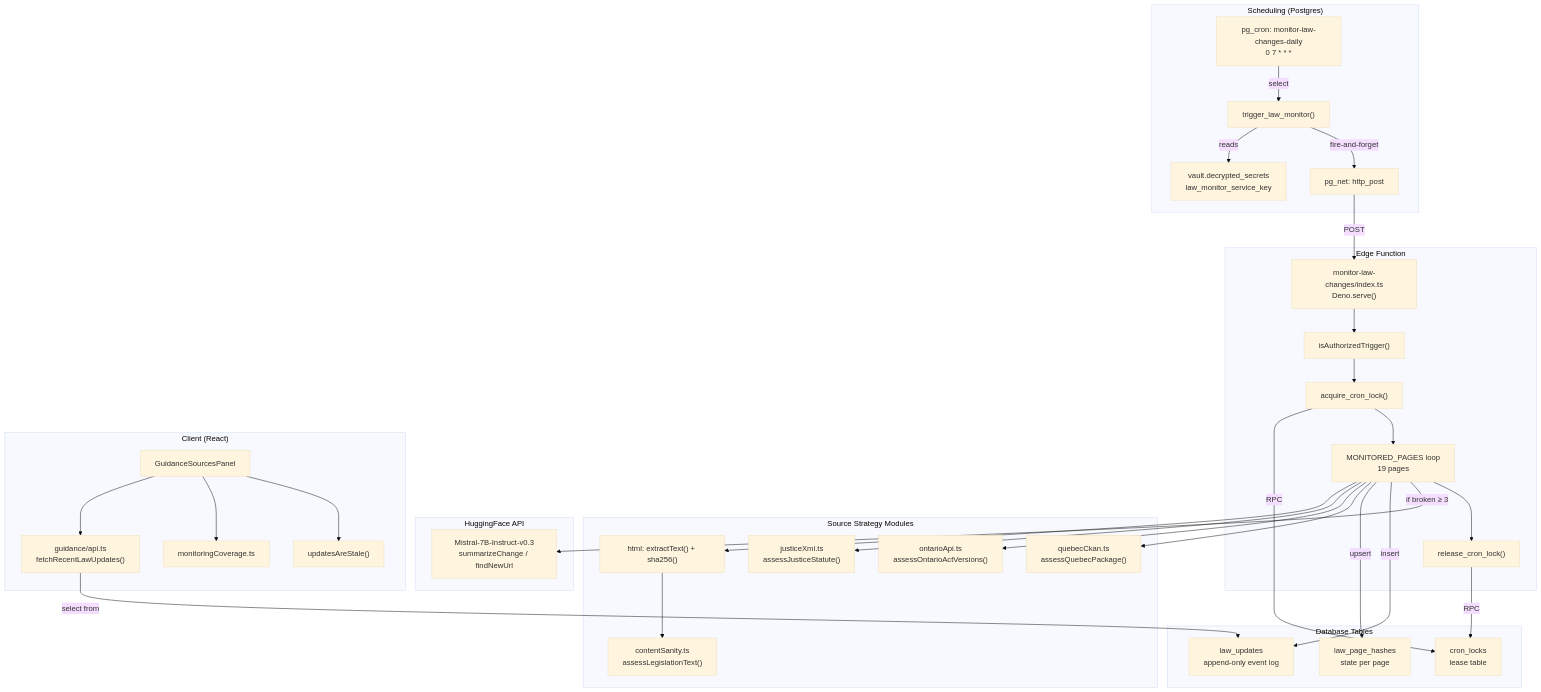
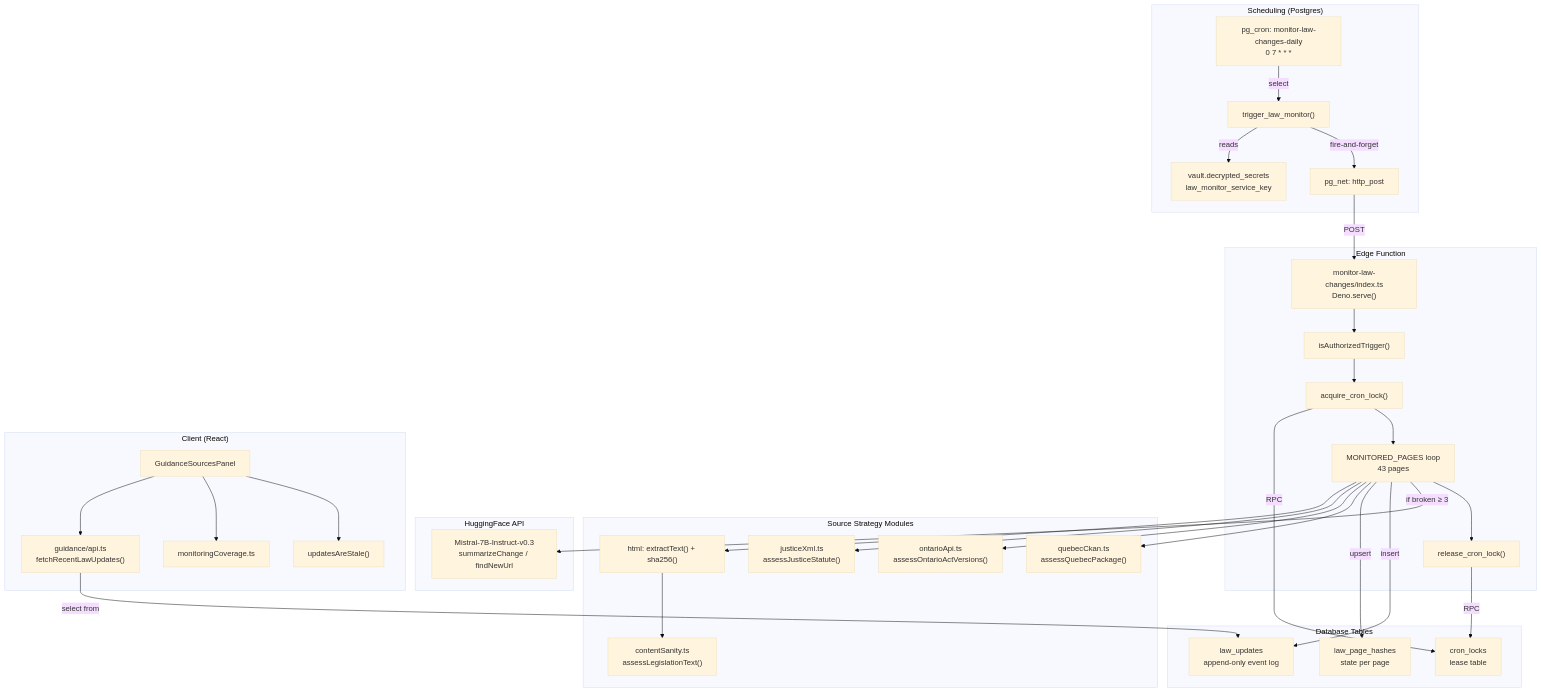
The first of 4 diagrams in docs/wiki/Law-Change-Monitor.md (Dutiva-Canada/Dutiva_Web), drawn with Mermaid (base theme) before and after one commit. The commit also changed other lines of this file and 84 other files, not shown here.

````diff
--- a/docs/wiki/Law-Change-Monitor.md
+++ b/docs/wiki/Law-Change-Monitor.md
@@ -52,65 +52,65 @@
 ```mermaid
 graph TD
     subgraph "Scheduling (Postgres)"
         pgcron["pg_cron: monitor-law-changes-daily\n0 7 * * *"]
         trigfn["trigger_law_monitor()"]
         vault["vault.decrypted_secrets\nlaw_monitor_service_key"]
         pgnet["pg_net: http_post"]
     end
 
     subgraph "Edge Function"
         ef["monitor-law-changes/index.ts\nDeno.serve()"]
         auth["isAuthorizedTrigger()"]
         lock["acquire_cron_lock()"]
-        sweep["MONITORED_PAGES loop\n19 pages"]
+        sweep["MONITORED_PAGES loop\n43 pages"]
         unlock["release_cron_lock()"]
     end
 
     subgraph "Source Strategy Modules"
         html["html: extractText() + sha256()"]
         jxml["justiceXml.ts\nassessJusticeStatute()"]
         oapi["ontarioApi.ts\nassessOntarioActVersions()"]
         qckan["quebecCkan.ts\nassessQuebecPackage()"]
         sanity["contentSanity.ts\nassessLegislationText()"]
     end
 
     subgraph "Database Tables"
         hashes["law_page_hashes\nstate per page"]
         updates["law_updates\nappend-only event log"]
         locks["cron_locks\nlease table"]
     end
 
     subgraph "HuggingFace API"
         hf["Mistral-7B-Instruct-v0.3\nsummarizeChange / findNewUrl"]
     end
 
     subgraph "Client (React)"
         panel["GuidanceSourcesPanel"]
         api["guidance/api.ts\nfetchRecentLawUpdates()"]
         coverage["monitoringCoverage.ts"]
         stale["updatesAreStale()"]
     end
 
     pgcron -->|"select"| trigfn
     trigfn -->|"reads"| vault
     trigfn -->|"fire-and-forget"| pgnet
     pgnet -->|"POST"| ef
     ef --> auth
     auth --> lock
     lock -->|"RPC"| locks
     lock --> sweep
     sweep --> html
     sweep --> jxml
     sweep --> oapi
     sweep --> qckan
     html --> sanity
     sweep -->|"upsert"| hashes
     sweep -->|"insert"| updates
     sweep -->|"if broken ≥ 3"| hf
     sweep --> unlock
     unlock -->|"RPC"| locks
     panel --> api
     api -->|"select from"| updates
     panel --> coverage
     panel --> stale
 ```
````
